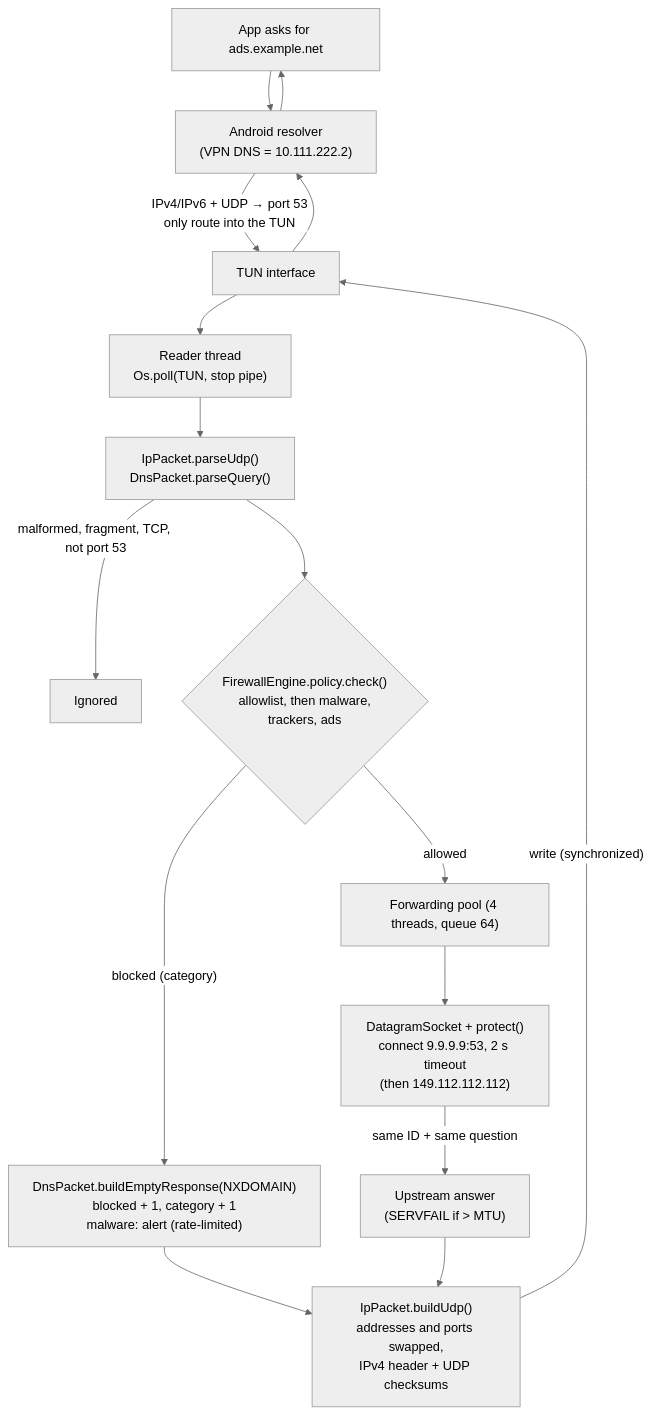
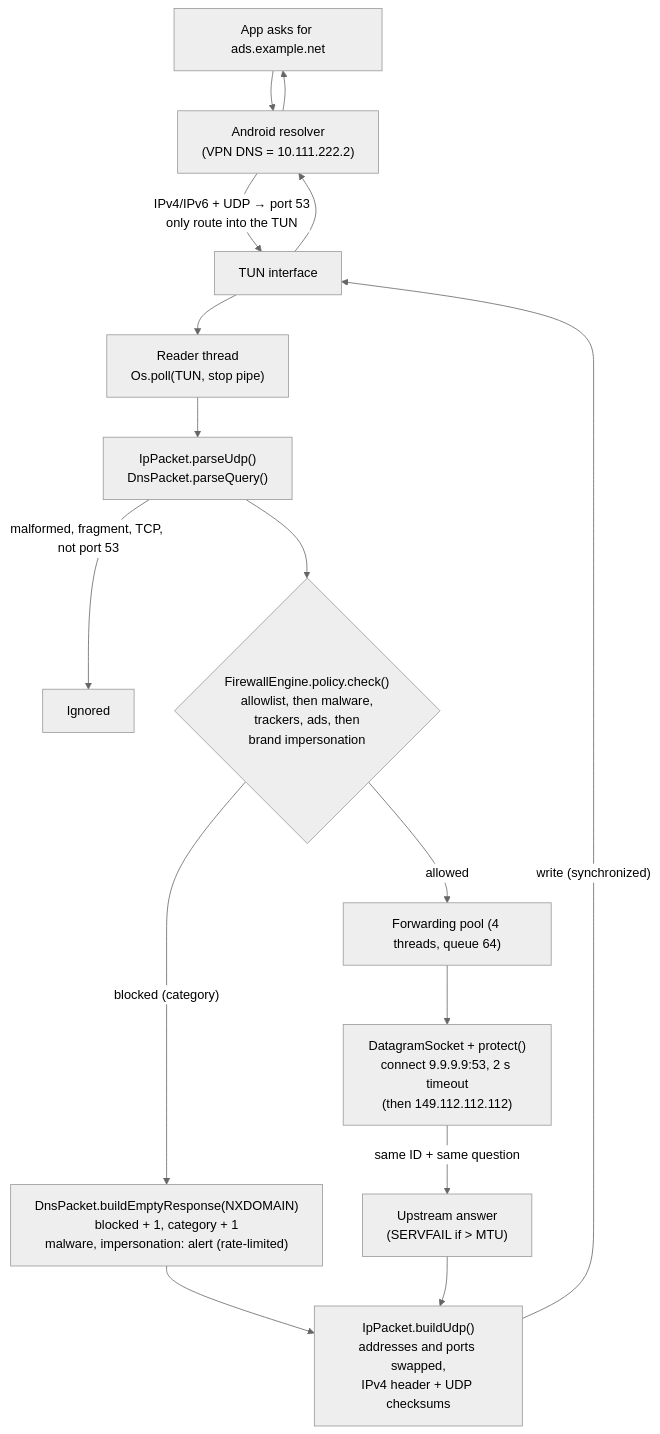
One commit to Ihebnsir/sentinel changed the fourth of 8 diagrams in docs/ARCHITECTURE.md. Above: the diagram before and after it, drawn with Mermaid (neutral theme). The commit also changed other lines of this file and 36 other files, not shown here.

````diff
--- a/docs/ARCHITECTURE.md
+++ b/docs/ARCHITECTURE.md
@@ -121,17 +121,17 @@
 ```mermaid
 flowchart TD
   app["App asks for ads.example.net"] --> resolver["Android resolver<br/>(VPN DNS = 10.111.222.2)"]
   resolver -->|"IPv4/IPv6 + UDP → port 53<br/>only route into the TUN"| tun["TUN interface"]
   tun --> loop["Reader thread<br/>Os.poll(TUN, stop pipe)"]
   loop --> parse["IpPacket.parseUdp()<br/>DnsPacket.parseQuery()"]
   parse -->|"malformed, fragment, TCP, not port 53"| drop["Ignored"]
-  parse --> check{"FirewallEngine.policy.check()<br/>allowlist, then malware,<br/>trackers, ads"}
-  check -->|"blocked (category)"| nx["DnsPacket.buildEmptyResponse(NXDOMAIN)<br/>blocked + 1, category + 1<br/>malware: alert (rate-limited)"]
+  parse --> check{"FirewallEngine.policy.check()<br/>allowlist, then malware,<br/>trackers, ads, then<br/>brand impersonation"}
+  check -->|"blocked (category)"| nx["DnsPacket.buildEmptyResponse(NXDOMAIN)<br/>blocked + 1, category + 1<br/>malware, impersonation: alert (rate-limited)"]
   check -->|allowed| pool["Forwarding pool (4 threads, queue 64)"]
   pool --> sock["DatagramSocket + protect()<br/>connect 9.9.9.9:53, 2 s timeout<br/>(then 149.112.112.112)"]
   sock -->|"same ID + same question"| answer["Upstream answer<br/>(SERVFAIL if &gt; MTU)"]
   nx --> build["IpPacket.buildUdp()<br/>addresses and ports swapped,<br/>IPv4 header + UDP checksums"]
   answer --> build
   build -->|"write (synchronized)"| tun
   tun --> resolver --> app
 ```
````
